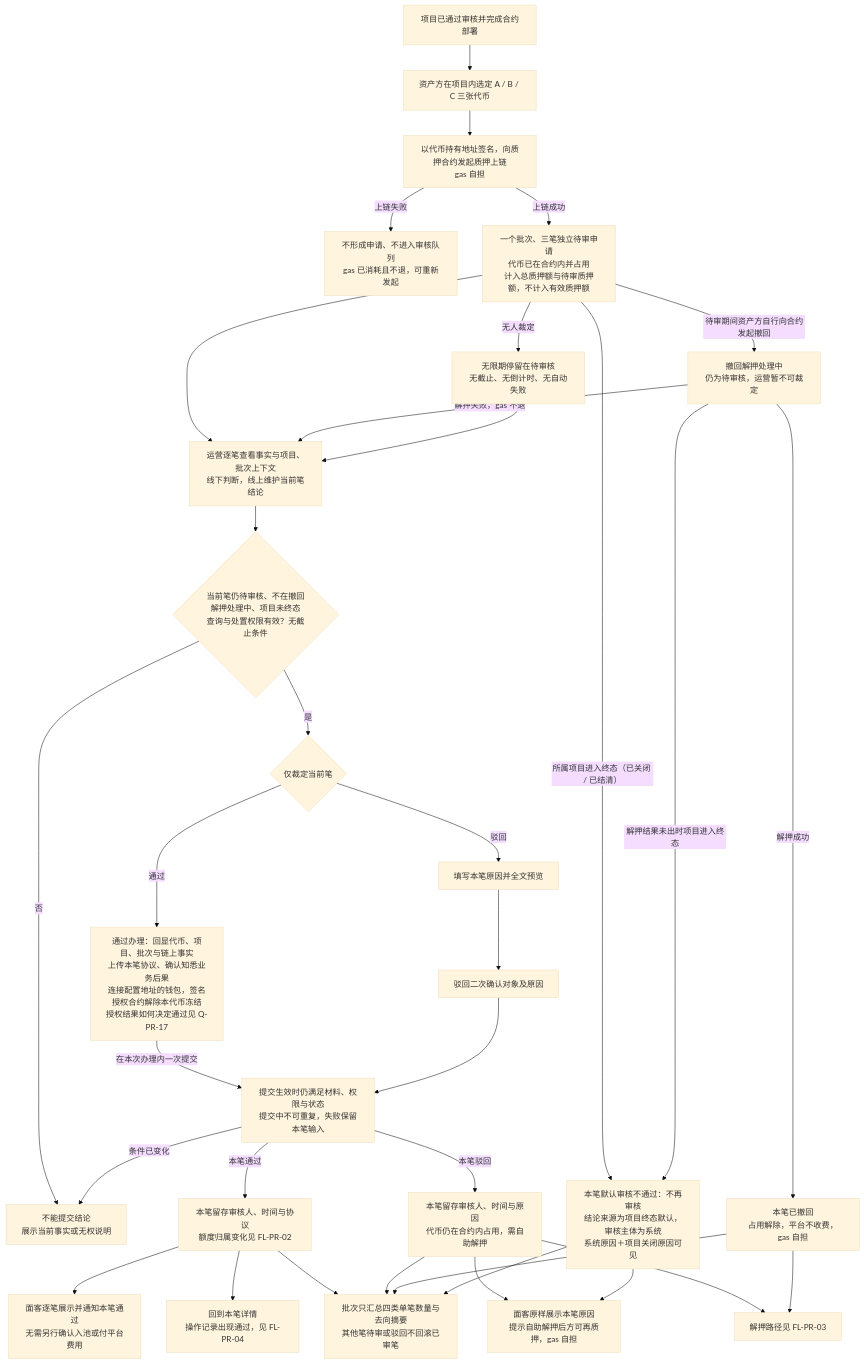
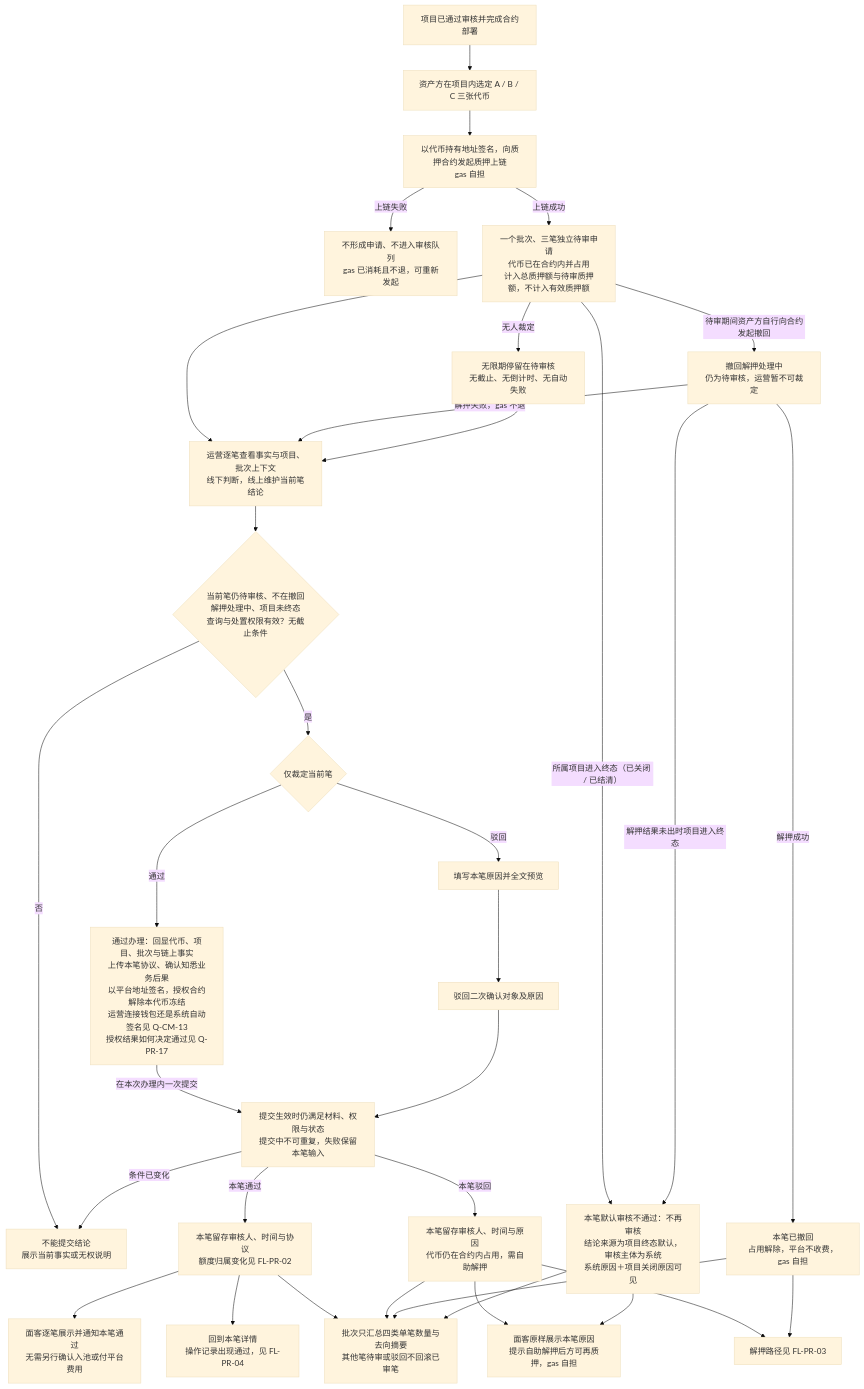
One commit to wxblockchain/Chain-Financing changed the first of 6 diagrams in lending-platform/PRD/运营端/06-代币质押审核/02-代币质押审核-流程图与状态机.md. Above: the diagram before and after it, drawn with Mermaid (base theme). The commit also changed 9 other files, not shown here.

````diff
--- a/lending-platform/PRD/运营端/06-代币质押审核/02-代币质押审核-流程图与状态机.md
+++ b/lending-platform/PRD/运营端/06-代币质押审核/02-代币质押审核-流程图与状态机.md
@@ -24,36 +24,36 @@
 ```mermaid
 flowchart TD
   S["项目已通过审核并完成合约部署"] --> A["资产方在项目内选定 A / B / C 三张代币"]
   A --> T["以代币持有地址签名，向质押合约发起质押上链<br/>gas 自担"]
   T -- "上链失败" --> TF["不形成申请、不进入审核队列<br/>gas 已消耗且不退，可重新发起"]
   T -- "上链成功" --> B["一个批次、三笔独立待审申请<br/>代币已在合约内并占用<br/>计入总质押额与待审质押额，不计入有效质押额"]
   B --> C["运营逐笔查看事实与项目、批次上下文<br/>线下判断，线上维护当前笔结论"]
   C --> D{"当前笔仍待审核、不在撤回解押处理中、项目未终态<br/>查询与处置权限有效？无截止条件"}
   D -- "否" --> E["不能提交结论<br/>展示当前事实或无权说明"]
   D -- "是" --> F{"仅裁定当前笔"}
-  F -- "通过" --> G["通过办理：回显代币、项目、批次与链上事实<br/>上传本笔协议、确认知悉业务后果<br/>连接配置地址的钱包，签名授权合约解除本代币冻结<br/>授权结果如何决定通过见 Q-PR-17"]
+  F -- "通过" --> G["通过办理：回显代币、项目、批次与链上事实<br/>上传本笔协议、确认知悉业务后果<br/>以平台地址签名，授权合约解除本代币冻结<br/>运营连接钱包还是系统自动签名见 Q-CM-13<br/>授权结果如何决定通过见 Q-PR-17"]
   F -- "驳回" --> H["填写本笔原因并全文预览"]
   G -- "在本次办理内一次提交" --> I["提交生效时仍满足材料、权限与状态<br/>提交中不可重复，失败保留本笔输入"]
   H --> R["驳回二次确认对象及原因"]
   R --> I
   I -- "条件已变化" --> E
   I -- "本笔通过" --> J["本笔留存审核人、时间与协议<br/>额度归属变化见 FL-PR-02"]
   I -- "本笔驳回" --> K["本笔留存审核人、时间与原因<br/>代币仍在合约内占用，需自助解押"]
   J --> L["面客逐笔展示并通知本笔通过<br/>无需另行确认入池或付平台费用"]
   K --> M["面客原样展示本笔原因<br/>提示自助解押后方可再质押，gas 自担"]
   K --> X["解押路径见 FL-PR-03"]
   B -- "待审期间资产方自行向合约发起撤回" --> RP["撤回解押处理中<br/>仍为待审核，运营暂不可裁定"]
   RP -- "解押成功" --> N["本笔已撤回<br/>占用解除，平台不收费，gas 自担"]
   RP -- "解押失败，gas 不退" --> C
   B -- "所属项目进入终态（已关闭 / 已结清）" --> CL["本笔默认审核不通过：不再审核<br/>结论来源为项目终态默认，审核主体为系统<br/>系统原因＋项目关闭原因可见"]
   CL --> M
   RP -- "解押结果未出时项目进入终态" --> CL
   N --> X
   B -- "无人裁定" --> W["无限期停留在待审核<br/>无截止、无倒计时、无自动失败"]
   W --> C
   J --> V["回到本笔详情<br/>操作记录出现通过，见 FL-PR-04"]
   J --> Q["批次只汇总四类单笔数量与去向摘要<br/>其他笔待审或驳回不回滚已审笔"]
   K --> Q
   N --> Q
   CL --> Q
 ```
````
